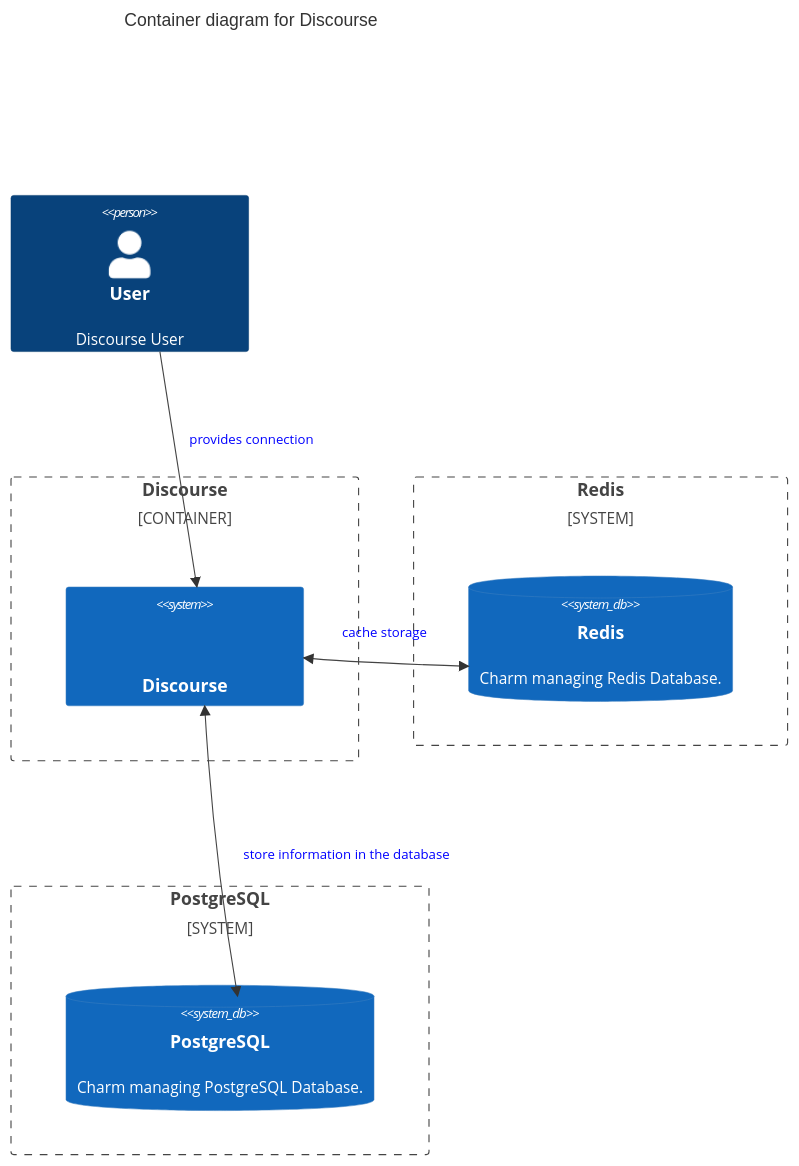
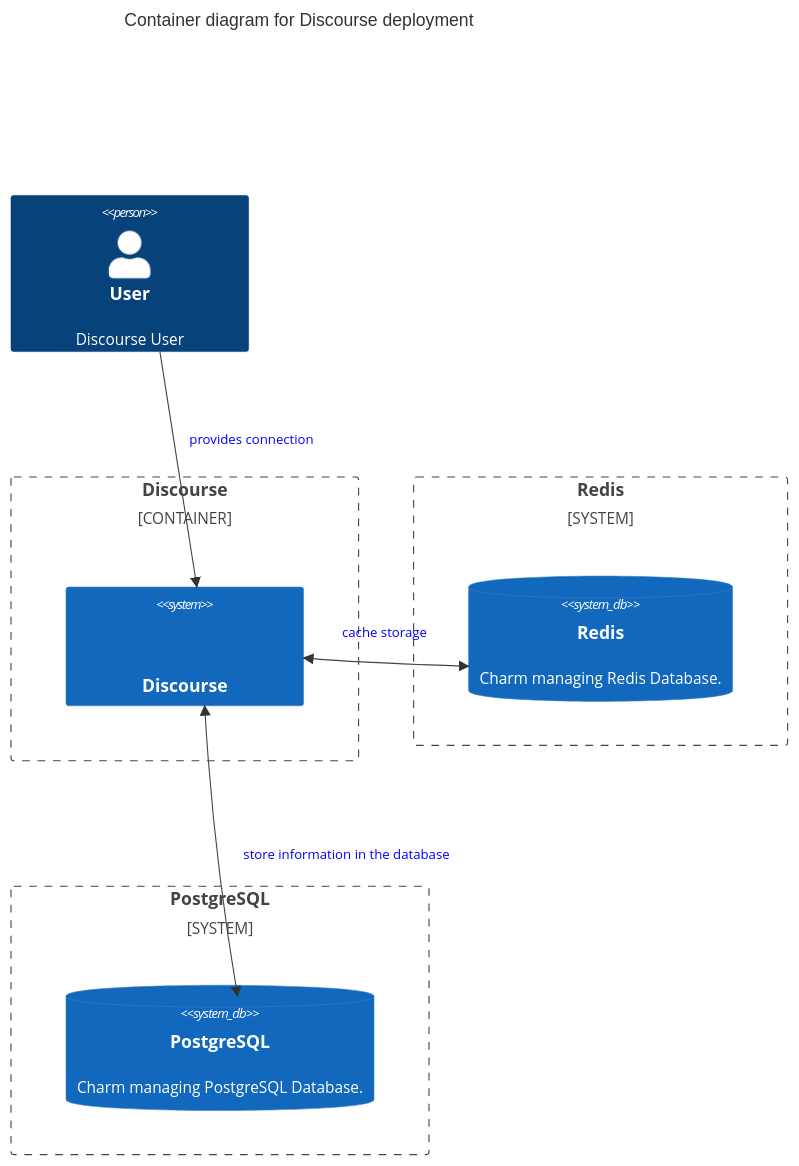
Before and after one commit to canonical/discourse-k8s-operator: the second of 2 diagrams in docs/explanation/charm-architecture.md, drawn with Mermaid. The commit also changed other lines of this file, not shown here.

Commit message:
Chore(docs): Update arch diagram

````diff
--- a/docs/explanation/charm-architecture.md
+++ b/docs/explanation/charm-architecture.md
@@ -24,23 +46,23 @@
 ```mermaid
 C4Container
-title Container diagram for Discourse
+title Container diagram for Discourse deployment
 
 Container_Boundary(c1, "Discourse") {
     System(discourse_charm, "Discourse", "", "Provides sharing a remote session")
  }
 System_Boundary(c2, "Redis") {
     SystemDb(redis_charm, "Redis", "Charm managing Redis Database.")
  }
 System_Boundary(c3, "PostgreSQL") {
     SystemDb(postgresql_charm, "PostgreSQL", "Charm managing PostgreSQL Database.")
  }
 Person(user, "User", "Discourse User")
 
 Rel(user, discourse_charm, "provides connection")
 BiRel(discourse_charm, redis_charm, "cache storage")
 BiRel(discourse_charm, postgresql_charm, "store information in the database")
 
 UpdateRelStyle(user, discourse_charm ,$textColor="blue" , $offsetY="-30", $offsetX="10")
 UpdateRelStyle(discourse_charm, redis_charm, $textColor="blue", $offsetY="-30", $offsetX="-40")
 UpdateRelStyle(discourse_charm, postgresql_charm, $textColor="blue", $offsetX="20")
 ```
````
